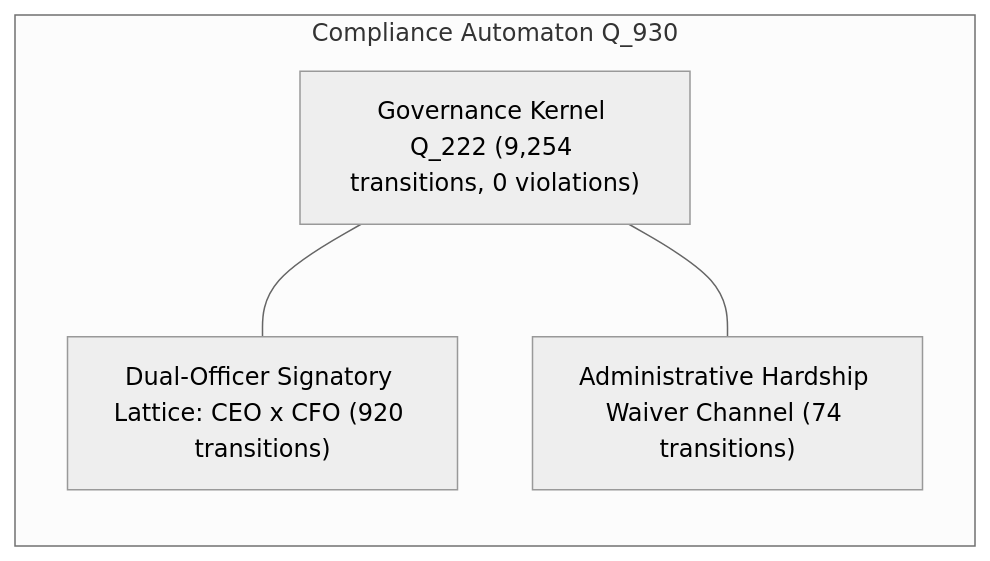
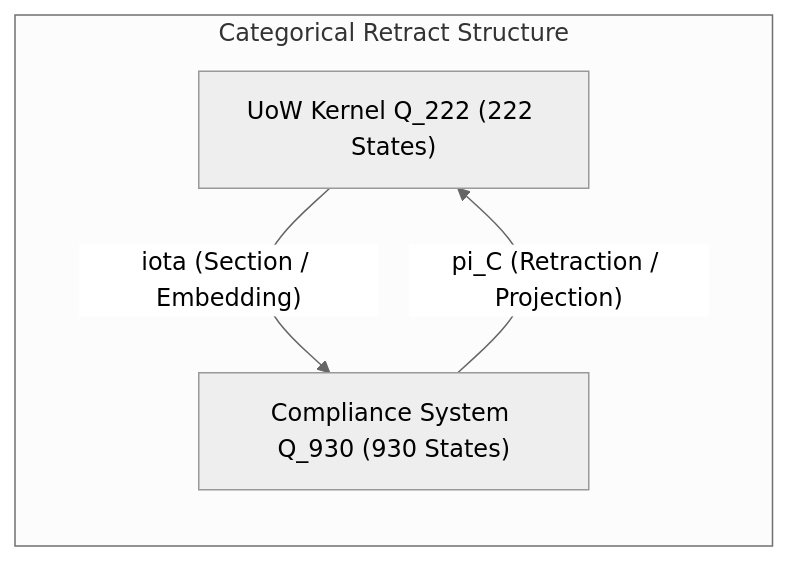
One commit to NB11B/UoW-v3 changed the second of 3 diagrams in docs/COMMON_GOVERNANCE_KERNEL_EXPERIMENT.md. Above: the diagram before and after it, drawn with Mermaid (neutral theme). The commit also changed other lines of this file and 3 other files, not shown here.

Commit message:
fix(phase10): formalize categorical retract pi_C o iota = id_Q222, dual observation kernels, exact arithmetic distinction, and bounded observer fidelity

````diff
--- a/docs/COMMON_GOVERNANCE_KERNEL_EXPERIMENT.md
+++ b/docs/COMMON_GOVERNANCE_KERNEL_EXPERIMENT.md
@@ -133,11 +166,9 @@
 ```mermaid
 graph LR
-    subgraph ComplianceAutomaton ["Compliance Automaton Q_930"]
-        direction TB
-        K["Governance Kernel Q_222 (9,254 transitions, 0 violations)"]
-        Ext1["Dual-Officer Signatory Lattice: CEO x CFO (920 transitions)"]
-        Ext2["Administrative Hardship Waiver Channel (74 transitions)"]
-        K --- Ext1
-        K --- Ext2
+    subgraph RetractStructure ["Categorical Retract Structure"]
+        Q222["UoW Kernel Q_222 (222 States)"]
+        Q930["Compliance System Q_930 (930 States)"]
+        Q222 -- "iota (Section / Embedding)" --> Q930
+        Q930 -- "pi_C (Retraction / Projection)" --> Q222
     end
 ```
````
